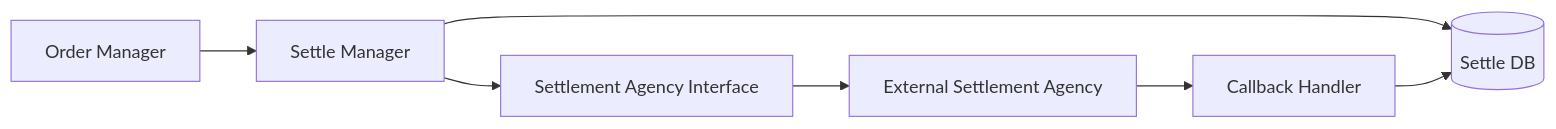
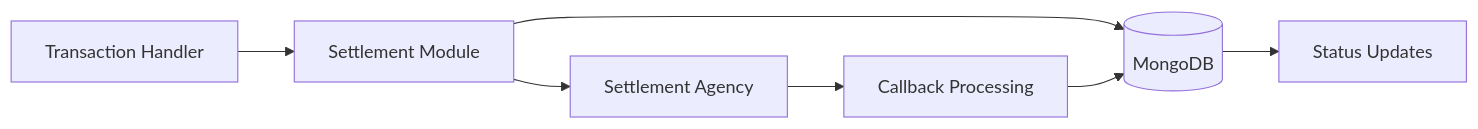
Before and after one commit to ONDC-Official/rsf-utility: the second of 3 diagrams in docs/ARCHITECTURE.md, drawn with Mermaid. The commit also changed other lines of this file and 3 other files, not shown here.

Commit message:
docs: enhance API and architecture documentation with detailed sections and examples

````diff
--- a/docs/ARCHITECTURE.md
+++ b/docs/ARCHITECTURE.md
@@ -93,9 +128,9 @@
 ```mermaid
 graph LR
-    A[Order Manager] --> B[Settle Manager]
-    B --> C[Settlement Agency Interface]
-    C --> D[External Settlement Agency]
-    B --> E[(Settle DB)]
-    D --> F[Callback Handler]
-    F --> E
+    A[Transaction Handler] --> B[Settlement Module]
+    B --> C[Settlement Agency]
+    B --> D[(MongoDB)]
+    C --> E[Callback Processing]
+    E --> D
+    D --> F[Status Updates]
 ```
````
